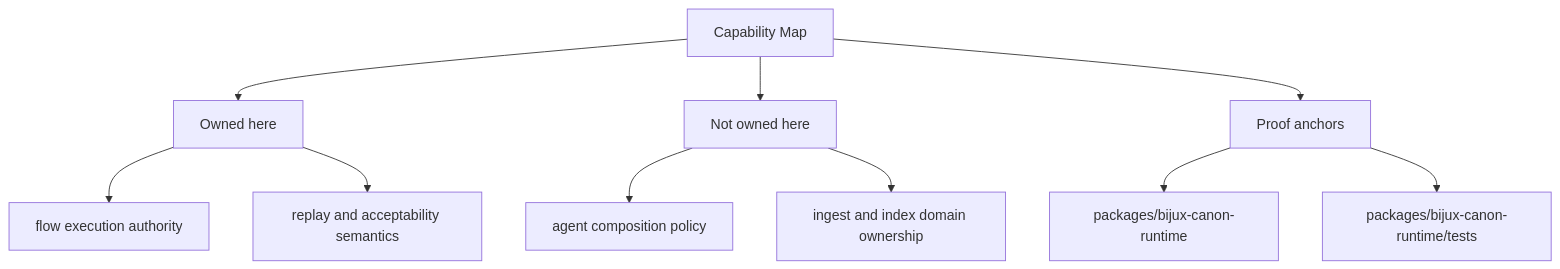
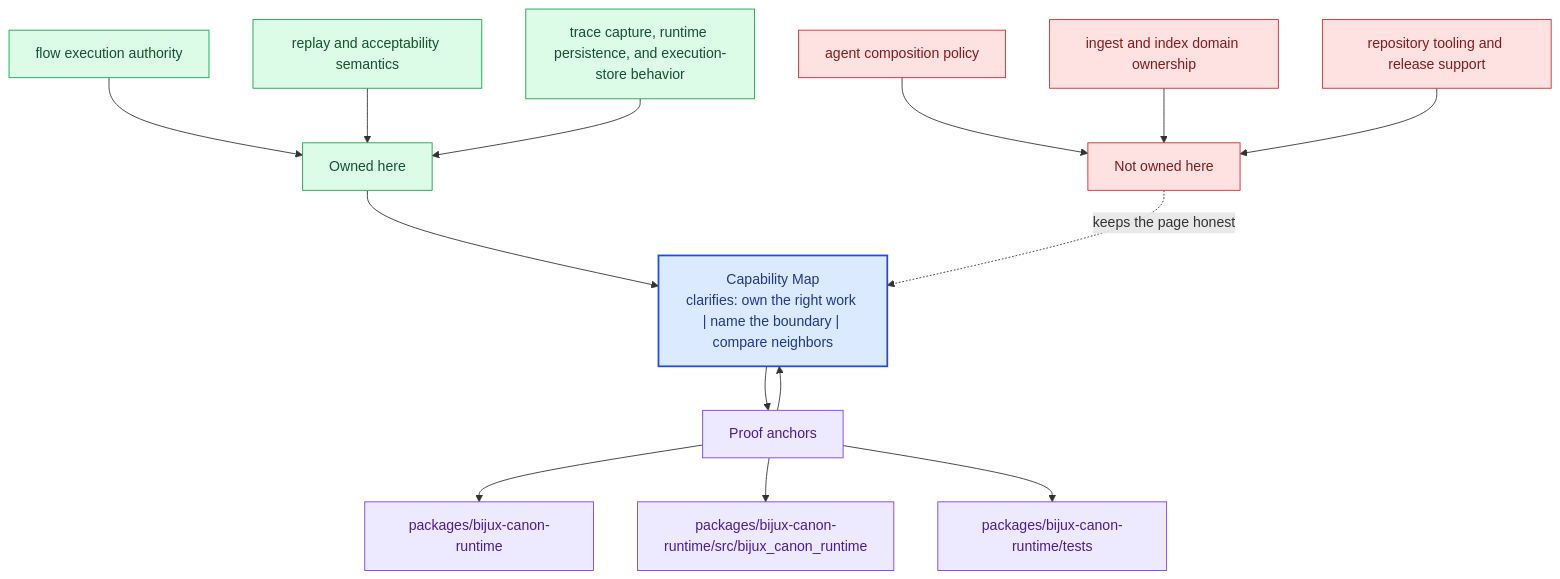
Before and after one commit to bijux/bijux-canon: the second of 2 diagrams in docs/bijux-canon-runtime/foundation/capability-map.md, drawn with Mermaid. The commit also changed other lines of this file and 281 other files, not shown here.

Commit message:
docs(diagrams): deepen handbook mermaid maps across the catalog

````diff
--- a/docs/bijux-canon-runtime/foundation/capability-map.md
+++ b/docs/bijux-canon-runtime/foundation/capability-map.md
@@ -35,22 +68,40 @@
 ```mermaid
-flowchart TD
-    page["Capability Map"]
+flowchart TB
+    promise["Capability Map<br/>clarifies: own the right work | name the boundary | compare neighbors"]
+    classDef promise fill:#dbeafe,stroke:#1d4ed8,color:#1e3a8a,stroke-width:2px;
+    classDef driver fill:#dcfce7,stroke:#16a34a,color:#14532d;
+    classDef constraint fill:#fee2e2,stroke:#dc2626,color:#7f1d1d;
+    classDef ground fill:#ede9fe,stroke:#7c3aed,color:#4c1d95;
     focus1["Owned here"]
-    page --> focus1
+    focus1 --> promise
     focus1_1["flow execution authority"]
-    focus1 --> focus1_1
+    focus1_1 --> focus1
     focus1_2["replay and acceptability semantics"]
-    focus1 --> focus1_2
+    focus1_2 --> focus1
+    focus1_3["trace capture, runtime persistence, and execution-store behavior"]
+    focus1_3 --> focus1
+    class focus1 driver;
+    class focus1_1,focus1_2,focus1_3 driver;
     focus2["Not owned here"]
-    page --> focus2
+    focus2 -.keeps the page honest.-> promise
     focus2_1["agent composition policy"]
-    focus2 --> focus2_1
+    focus2_1 --> focus2
     focus2_2["ingest and index domain ownership"]
-    focus2 --> focus2_2
+    focus2_2 --> focus2
+    focus2_3["repository tooling and release support"]
+    focus2_3 --> focus2
+    class focus2 constraint;
+    class focus2_1,focus2_2,focus2_3 constraint;
     focus3["Proof anchors"]
-    page --> focus3
+    focus3 --> promise
+    promise --> focus3
     focus3_1["packages/bijux-canon-runtime"]
     focus3 --> focus3_1
-    focus3_2["packages/bijux-canon-runtime/tests"]
+    focus3_2["packages/bijux-canon-runtime/src/bijux_canon_runtime"]
     focus3 --> focus3_2
+    focus3_3["packages/bijux-canon-runtime/tests"]
+    focus3 --> focus3_3
+    class focus3 ground;
+    class focus3_1,focus3_2,focus3_3 ground;
+    class promise promise;
 ```
````
